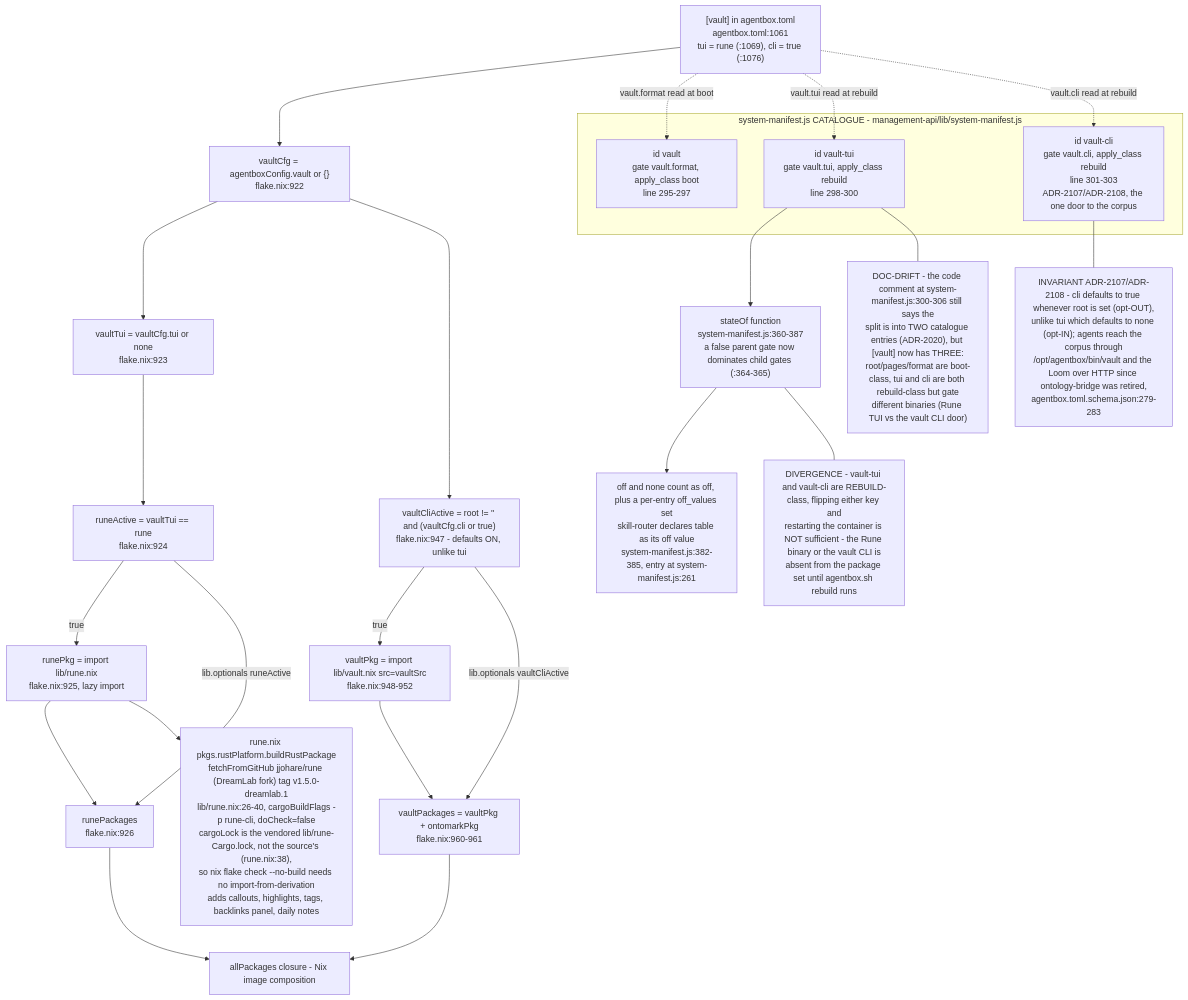
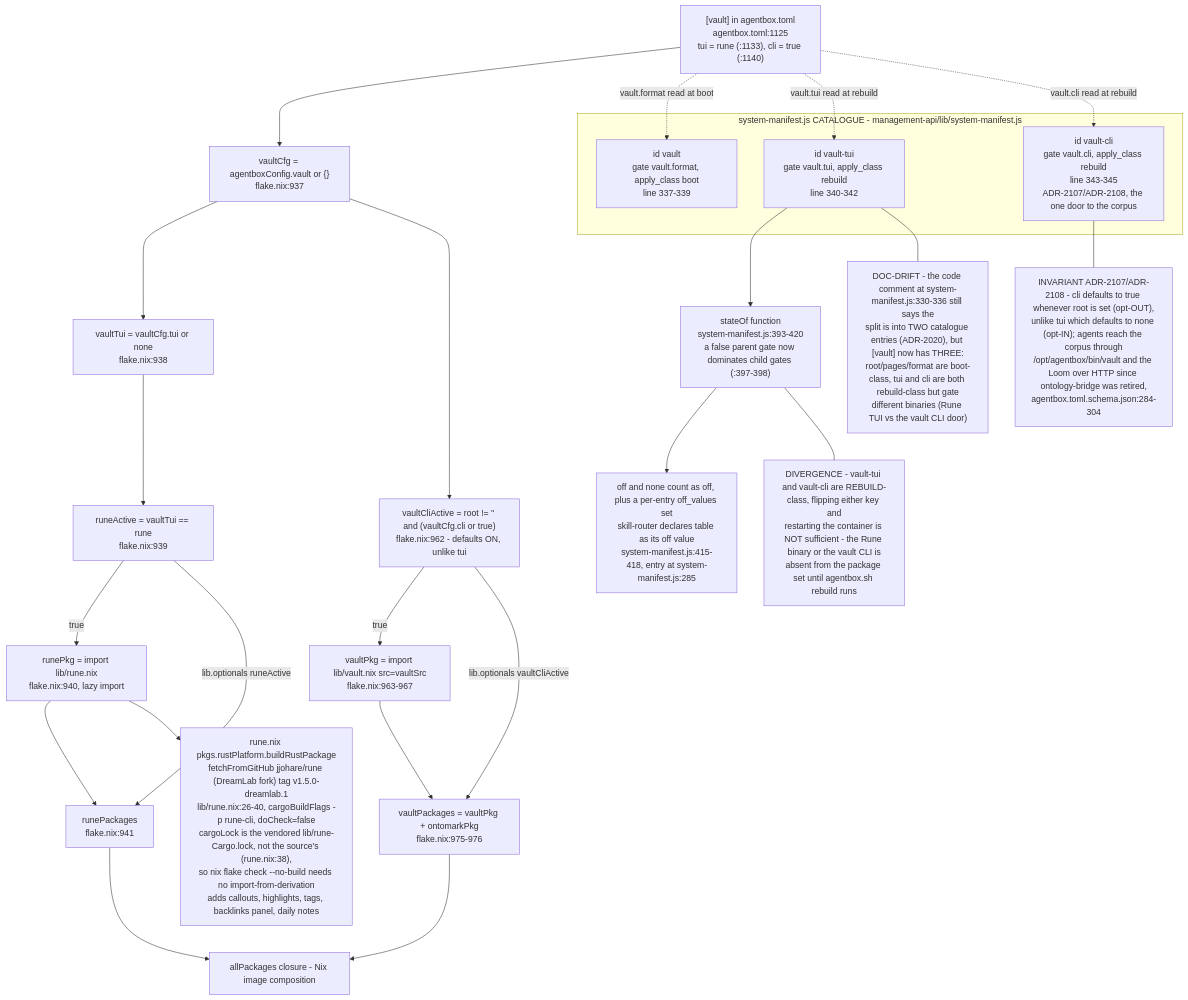
One commit to DreamLab-AI/VisionFlow changed the ninth of 10 diagrams in docs/diagrams/agentbox/01-nix-flake-composition.md. Above: the diagram before and after it, drawn with Mermaid. The commit also changed other lines of this file and 160 other files, not shown here.

````diff
--- a/docs/diagrams/agentbox/01-nix-flake-composition.md
+++ b/docs/diagrams/agentbox/01-nix-flake-composition.md
@@ -412,44 +423,44 @@
 ```mermaid
 flowchart TB
-    TOMLVAULT["[vault] in agentbox.toml<br/>agentbox.toml:1061<br/>tui = rune (:1069), cli = true (:1076)"] --> VAULTCFG["vaultCfg = agentboxConfig.vault or {}<br/>flake.nix:922"]
+    TOMLVAULT["[vault] in agentbox.toml<br/>agentbox.toml:1125<br/>tui = rune (:1133), cli = true (:1140)"] --> VAULTCFG["vaultCfg = agentboxConfig.vault or {}<br/>flake.nix:937"]
 
-    VAULTCFG --> TUIVAL["vaultTui = vaultCfg.tui or none<br/>flake.nix:923"]
-    TUIVAL --> RUNEACTIVE["runeActive = vaultTui == rune<br/>flake.nix:924"]
-    RUNEACTIVE -->|"true"| RUNEPKGIMPORT["runePkg = import lib/rune.nix<br/>flake.nix:925, lazy import"]
-    RUNEACTIVE -->|"lib.optionals runeActive"| RUNEPACKAGES["runePackages<br/>flake.nix:926"]
+    VAULTCFG --> TUIVAL["vaultTui = vaultCfg.tui or none<br/>flake.nix:938"]
+    TUIVAL --> RUNEACTIVE["runeActive = vaultTui == rune<br/>flake.nix:939"]
+    RUNEACTIVE -->|"true"| RUNEPKGIMPORT["runePkg = import lib/rune.nix<br/>flake.nix:940, lazy import"]
+    RUNEACTIVE -->|"lib.optionals runeActive"| RUNEPACKAGES["runePackages<br/>flake.nix:941"]
     RUNEPKGIMPORT --> RUNEPACKAGES
 
-    VAULTCFG --> CLIVAL["vaultCliActive = root != '' and (vaultCfg.cli or true)<br/>flake.nix:947 - defaults ON, unlike tui"]
-    CLIVAL -->|"true"| VAULTPKGIMPORT["vaultPkg = import lib/vault.nix src=vaultSrc<br/>flake.nix:948-952"]
-    CLIVAL -->|"lib.optionals vaultCliActive"| VAULTPACKAGES["vaultPackages = vaultPkg + ontomarkPkg<br/>flake.nix:960-961"]
+    VAULTCFG --> CLIVAL["vaultCliActive = root != '' and (vaultCfg.cli or true)<br/>flake.nix:962 - defaults ON, unlike tui"]
+    CLIVAL -->|"true"| VAULTPKGIMPORT["vaultPkg = import lib/vault.nix src=vaultSrc<br/>flake.nix:963-967"]
+    CLIVAL -->|"lib.optionals vaultCliActive"| VAULTPACKAGES["vaultPackages = vaultPkg + ontomarkPkg<br/>flake.nix:975-976"]
     VAULTPKGIMPORT --> VAULTPACKAGES
 
     RUNEPACKAGES --> ALLPKG["allPackages closure - Nix image composition"]
     VAULTPACKAGES --> ALLPKG
 
     RUNEBUILD["rune.nix pkgs.rustPlatform.buildRustPackage<br/>fetchFromGitHub jjohare/rune (DreamLab fork) tag v1.5.0-dreamlab.1<br/>lib/rune.nix:26-40, cargoBuildFlags -p rune-cli, doCheck=false<br/>cargoLock is the vendored lib/rune-Cargo.lock, not the source's (rune.nix:38),<br/>so nix flake check --no-build needs no import-from-derivation<br/>adds callouts, highlights, tags, backlinks panel, daily notes"]
     RUNEPKGIMPORT --> RUNEBUILD
 
     subgraph MANIFEST["system-manifest.js CATALOGUE - management-api/lib/system-manifest.js"]
-        VAULTENTRY["id vault<br/>gate vault.format, apply_class boot<br/>line 295-297"]
-        VAULTTUIENTRY["id vault-tui<br/>gate vault.tui, apply_class rebuild<br/>line 298-300"]
-        VAULTCLIENTRY["id vault-cli<br/>gate vault.cli, apply_class rebuild<br/>line 301-303<br/>ADR-2107/ADR-2108, the one door to the corpus"]
+        VAULTENTRY["id vault<br/>gate vault.format, apply_class boot<br/>line 337-339"]
+        VAULTTUIENTRY["id vault-tui<br/>gate vault.tui, apply_class rebuild<br/>line 340-342"]
+        VAULTCLIENTRY["id vault-cli<br/>gate vault.cli, apply_class rebuild<br/>line 343-345<br/>ADR-2107/ADR-2108, the one door to the corpus"]
     end
 
     TOMLVAULT -.->|"vault.format read at boot"| VAULTENTRY
     TOMLVAULT -.->|"vault.tui read at rebuild"| VAULTTUIENTRY
     TOMLVAULT -.->|"vault.cli read at rebuild"| VAULTCLIENTRY
 
-    STATEOF["stateOf function<br/>system-manifest.js:360-387<br/>a false parent gate now dominates child gates (:364-365)"]
+    STATEOF["stateOf function<br/>system-manifest.js:393-420<br/>a false parent gate now dominates child gates (:397-398)"]
     VAULTTUIENTRY --> STATEOF
-    STATEOF --> MODESTRING["off and none count as off, plus a per-entry off_values set<br/>skill-router declares table as its off value<br/>system-manifest.js:382-385, entry at system-manifest.js:261"]
+    STATEOF --> MODESTRING["off and none count as off, plus a per-entry off_values set<br/>skill-router declares table as its off value<br/>system-manifest.js:415-418, entry at system-manifest.js:285"]
 
-    NOTE1["DOC-DRIFT - the code comment at system-manifest.js:300-306 still says the<br/>split is into TWO catalogue entries (ADR-2020), but [vault] now has THREE:<br/>root/pages/format are boot-class, tui and cli are both rebuild-class but gate<br/>different binaries (Rune TUI vs the vault CLI door)"]
+    NOTE1["DOC-DRIFT - the code comment at system-manifest.js:330-336 still says the<br/>split is into TWO catalogue entries (ADR-2020), but [vault] now has THREE:<br/>root/pages/format are boot-class, tui and cli are both rebuild-class but gate<br/>different binaries (Rune TUI vs the vault CLI door)"]
     VAULTTUIENTRY --- NOTE1
 
     NOTE2["DIVERGENCE - vault-tui and vault-cli are REBUILD-class, flipping either key and<br/>restarting the container is NOT sufficient - the Rune binary or the vault CLI is<br/>absent from the package set until agentbox.sh rebuild runs"]
     STATEOF --- NOTE2
 
-    NOTE3["INVARIANT ADR-2107/ADR-2108 - cli defaults to true whenever root is set (opt-OUT),<br/>unlike tui which defaults to none (opt-IN); agents reach the corpus through<br/>/opt/agentbox/bin/vault and the Loom over HTTP since ontology-bridge was retired,<br/>agentbox.toml.schema.json:279-283"]
+    NOTE3["INVARIANT ADR-2107/ADR-2108 - cli defaults to true whenever root is set (opt-OUT),<br/>unlike tui which defaults to none (opt-IN); agents reach the corpus through<br/>/opt/agentbox/bin/vault and the Loom over HTTP since ontology-bridge was retired,<br/>agentbox.toml.schema.json:284-304"]
     VAULTCLIENTRY --- NOTE3
 ```
````
